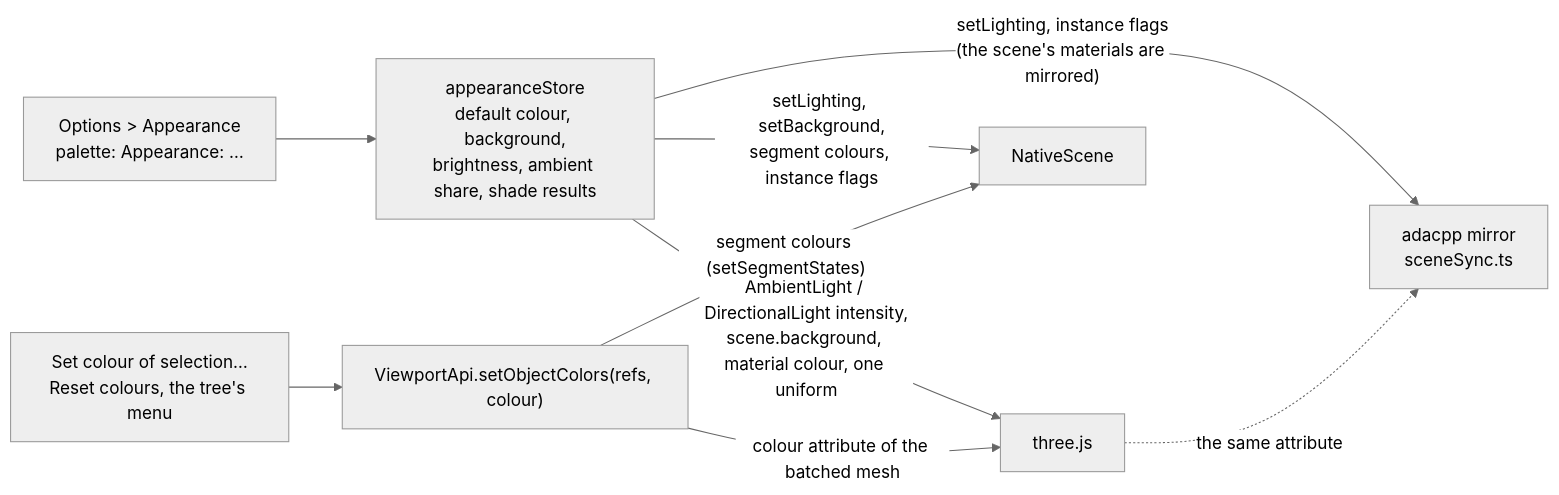
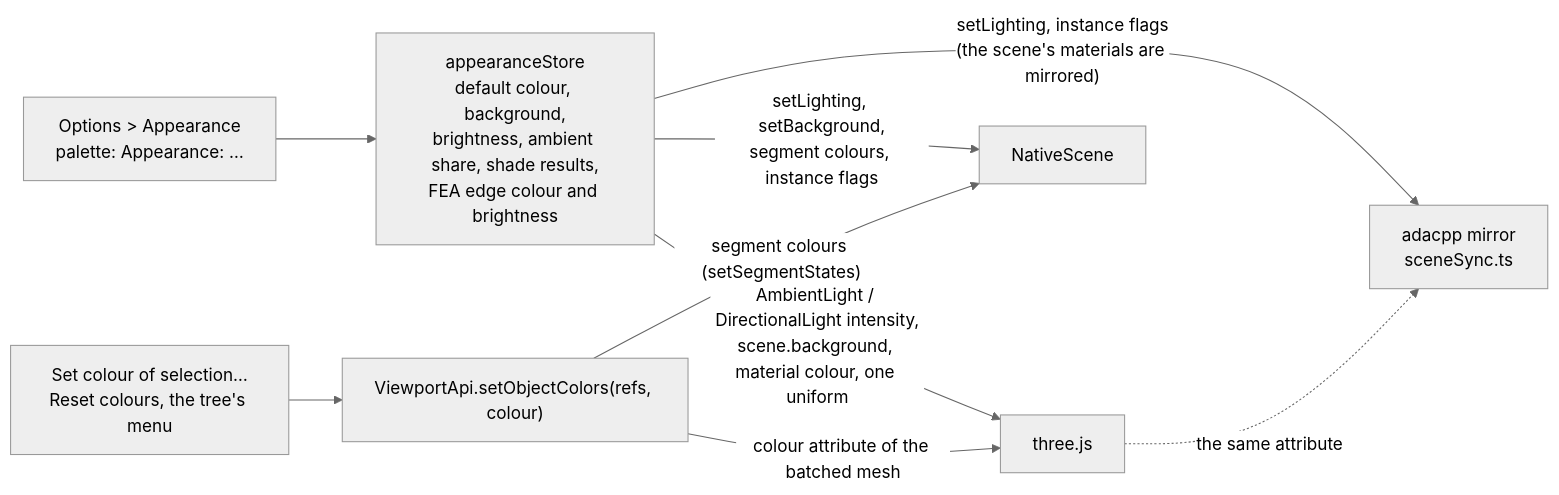
One commit to Krande/adapy changed the seventh of 7 diagrams in docs/architecture/threejs_free_viewport.md. Above: the diagram before and after it, drawn with Mermaid (neutral theme). The commit also changed other lines of this file and 22 other files, not shown here.

First line of the commit message:
fix(viewer): shaded FEA results keep the legend's hue; edge colour and brightness settings; shaded at brightness 0.5 by default

````diff
--- a/docs/architecture/threejs_free_viewport.md
+++ b/docs/architecture/threejs_free_viewport.md
@@ -340,11 +340,11 @@
 ```mermaid
 flowchart LR
-    OPT["Options > Appearance<br/>palette: Appearance: …"] --> STORE["appearanceStore<br/>default colour, background,<br/>brightness, ambient share, shade results"]
+    OPT["Options > Appearance<br/>palette: Appearance: …"] --> STORE["appearanceStore<br/>default colour, background,<br/>brightness, ambient share, shade results,<br/>FEA edge colour and brightness"]
     STORE -->|"AmbientLight / DirectionalLight intensity,<br/>scene.background, material colour, one uniform"| T["three.js"]
     STORE -->|"setLighting, instance flags<br/>(the scene's materials are mirrored)"| M["adacpp mirror<br/>sceneSync.ts"]
     STORE -->|"setLighting, setBackground,<br/>segment colours, instance flags"| N["NativeScene"]
     CMD["Set colour of selection…<br/>Reset colours, the tree's menu"] --> API["ViewportApi.setObjectColors(refs, colour)"]
     API -->|"colour attribute of the batched mesh"| T
     API -->|"segment colours (setSegmentStates)"| N
     T -.->|"the same attribute"| M
 ```
````
